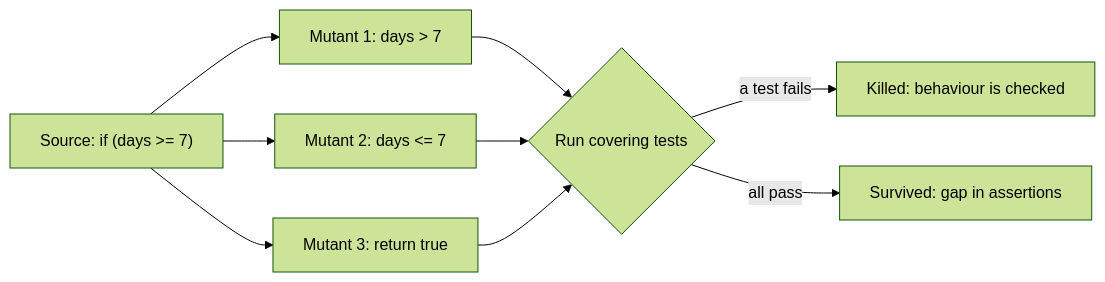
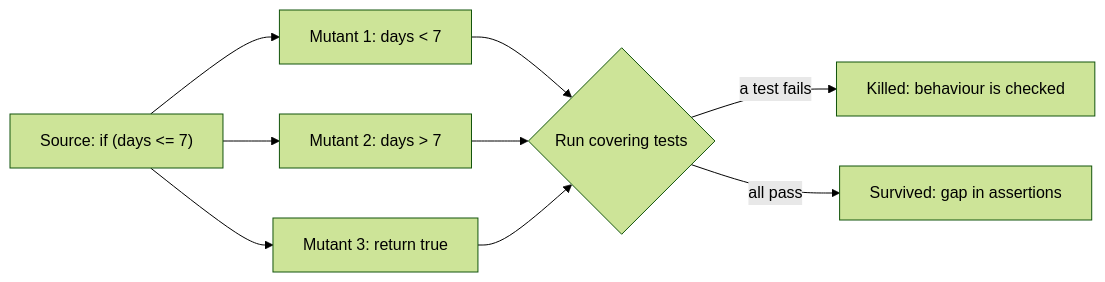
The second of 3 diagrams in docs/testing/07-tdd-coverage-and-quality-gates.md (vishalhulawale/knowledge-base), drawn with Mermaid (forest theme) before and after one commit. The commit also changed 21 other files, not shown here.

````diff
--- a/docs/testing/07-tdd-coverage-and-quality-gates.md
+++ b/docs/testing/07-tdd-coverage-and-quality-gates.md
@@ -79,11 +79,11 @@
 ```mermaid
 flowchart LR
-    S["Source: if (days >= 7)"] --> M1["Mutant 1: days > 7"]
-    S --> M2["Mutant 2: days <= 7"]
+    S["Source: if (days <= 7)"] --> M1["Mutant 1: days < 7"]
+    S --> M2["Mutant 2: days > 7"]
     S --> M3["Mutant 3: return true"]
     M1 --> T{"Run covering tests"}
     M2 --> T
     M3 --> T
     T -- "a test fails" --> K["Killed: behaviour is checked"]
     T -- "all pass" --> SV["Survived: gap in assertions"]
 ```
````
